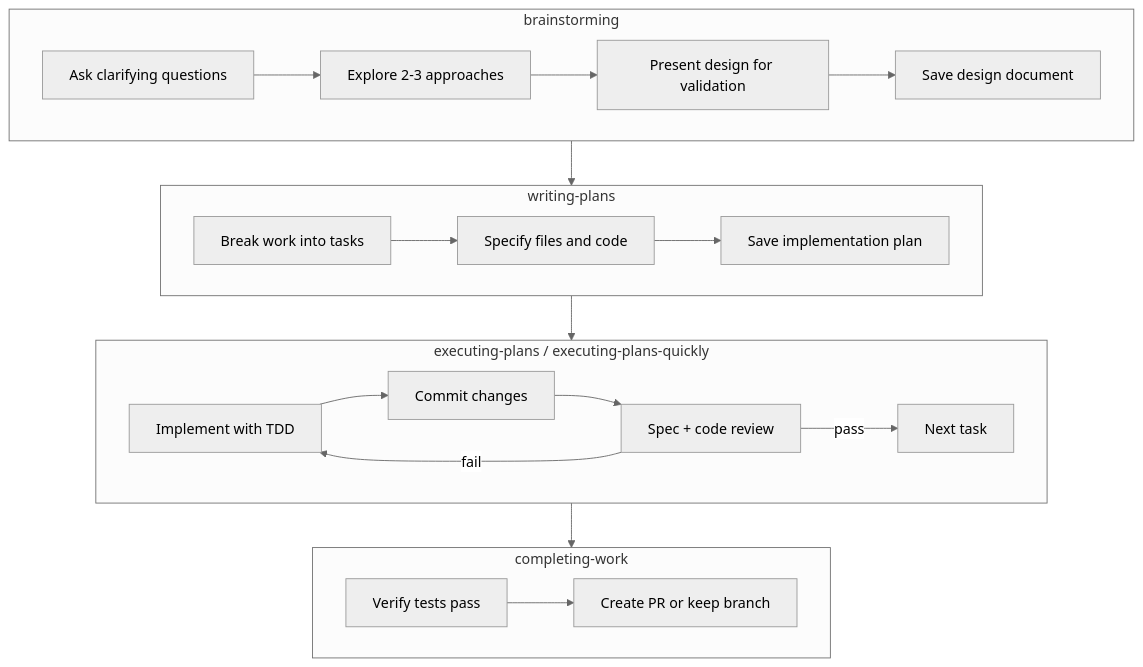
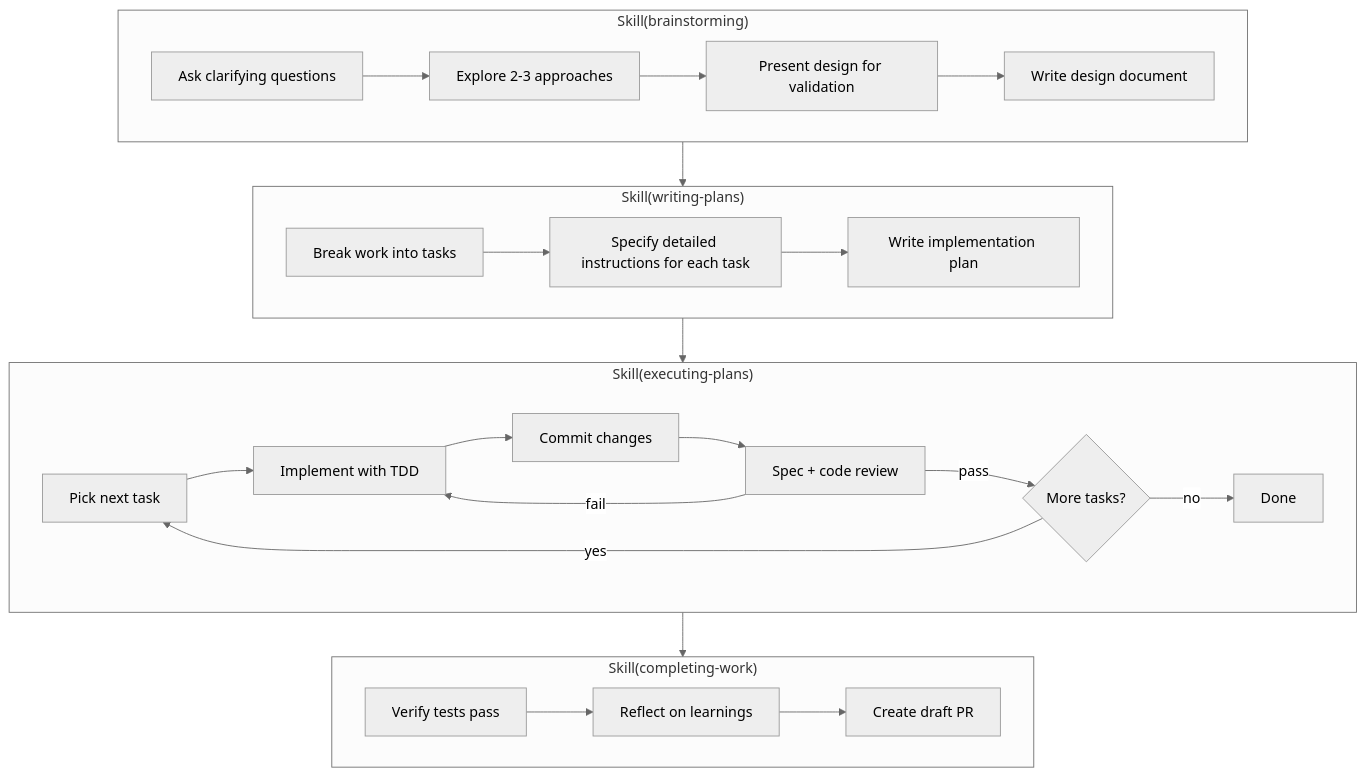
The diagram in README.md (averycrespi/claudefiles), drawn with Mermaid (neutral theme) before and after one commit. The commit also changed other lines of this file, not shown here.

Commit message:
docs: improve workflow diagram in README
Update Mermaid flowchart to better reflect actual skill behavior:
- Show per-task loop in executing-plans subgraph
- Add learnings step to completing-work subgraph
- Use Skill() naming convention for subgraph labels
- Remove misplaced Atlassian MCP examples from workflow section

````diff
--- a/README.md
+++ b/README.md
@@ -37,26 +37,30 @@
 ```mermaid
 flowchart TD
-    subgraph Brainstorming["brainstorming"]
+    subgraph Brainstorming["Skill(brainstorming)"]
         B1[Ask clarifying questions] --> B2[Explore 2-3 approaches]
         B2 --> B3[Present design for validation]
-        B3 --> B4[Save design document]
+        B3 --> B4[Write design document]
     end
 
-    subgraph Planning["writing-plans"]
-        P1[Break work into tasks] --> P2[Specify files and code]
-        P2 --> P3[Save implementation plan]
+    subgraph Planning["Skill(writing-plans)"]
+        P1[Break work into tasks] --> P2[Specify detailed instructions for each task]
+        P2 --> P3[Write implementation plan]
     end
 
-    subgraph Executing["executing-plans / executing-plans-quickly"]
-        E1[Implement with TDD] --> E2[Commit changes]
-        E2 --> E3[Spec + code review]
-        E3 -->|pass| E4[Next task]
-        E3 -->|fail| E1
+    subgraph Executing["Skill(executing-plans)"]
+        E1[Pick next task] --> E2[Implement with TDD]
+        E2 --> E3[Commit changes]
+        E3 --> E4[Spec + code review]
+        E4 -->|fail| E2
+        E4 -->|pass| E5{More tasks?}
+        E5 -->|yes| E1
+        E5 -->|no| E6[Done]
     end
 
-    subgraph Completing["completing-work"]
-        C1[Verify tests pass] --> C2[Create PR or keep branch]
+    subgraph Completing["Skill(completing-work)"]
+        C1[Verify tests pass] --> C2[Reflect on learnings]
+        C2 --> C3[Create draft PR]
     end
 
     Brainstorming --> Planning --> Executing --> Completing
 ```
````
